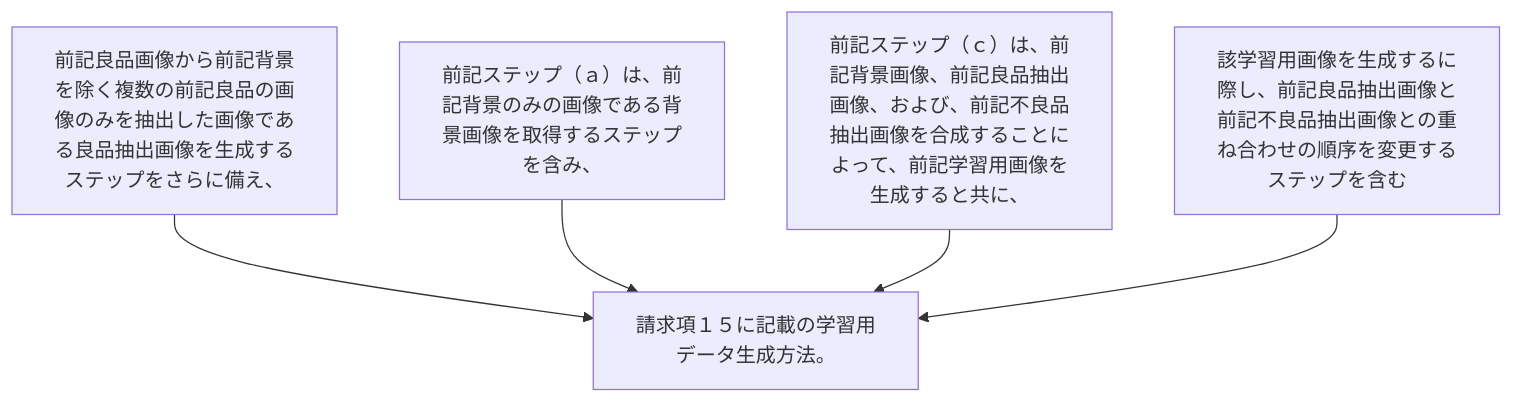
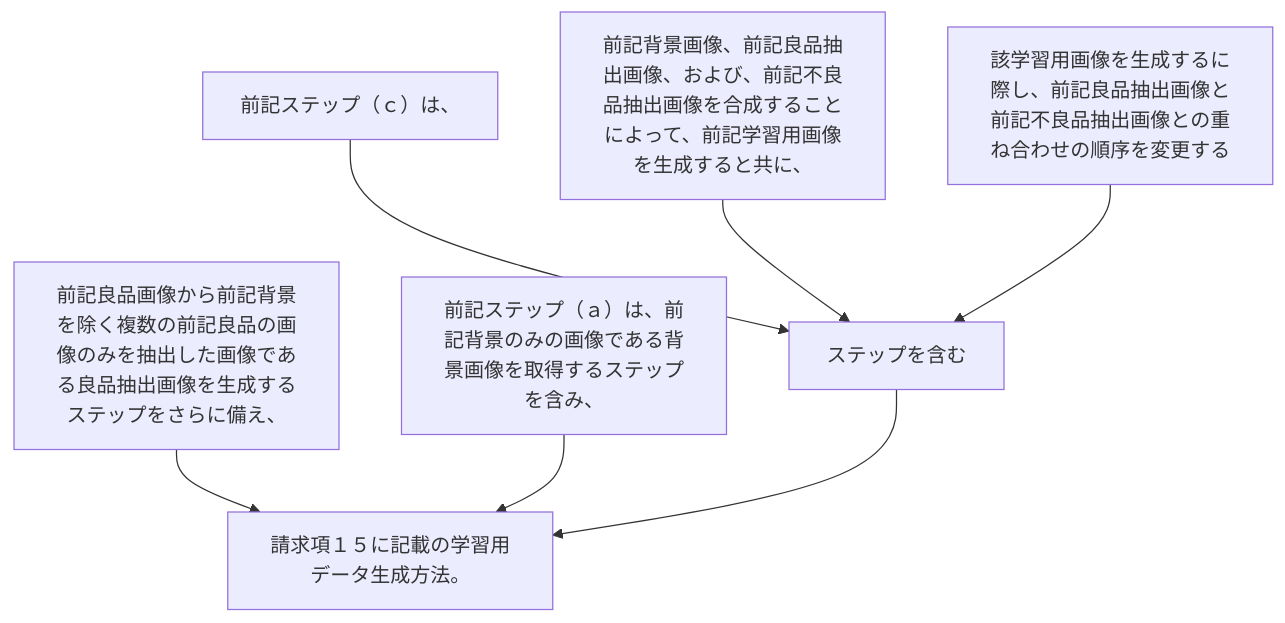
The diagram in 2024/JP2024000284A/claim_16/README.md (shinmori55/patent_analyzed), drawn with Mermaid before and after one commit. The commit also changed 31 other files, not shown here.

````diff
--- a/2024/JP2024000284A/claim_16/README.md
+++ b/2024/JP2024000284A/claim_16/README.md
@@ -5,12 +5,16 @@
 ```mermaid
 flowchart TD
 A[前記良品画像から前記背景を除く複数の前記良品の画像のみを抽出した画像である良品抽出画像を生成するステップをさらに備え、]
 B[前記ステップ（ａ）は、前記背景のみの画像である背景画像を取得するステップを含み、]
-C[前記ステップ（ｃ）は、前記背景画像、前記良品抽出画像、および、前記不良品抽出画像を合成することによって、前記学習用画像を生成すると共に、]
-D[該学習用画像を生成するに際し、前記良品抽出画像と前記不良品抽出画像との重ね合わせの順序を変更するステップを含む]
-E[請求項１５に記載の学習用データ生成方法。]
-A --> E
-B --> E
-C --> E
-D --> E
+C[前記ステップ（ｃ）は、]
+D[前記背景画像、前記良品抽出画像、および、前記不良品抽出画像を合成することによって、前記学習用画像を生成すると共に、]
+E[該学習用画像を生成するに際し、前記良品抽出画像と前記不良品抽出画像との重ね合わせの順序を変更する]
+F[ステップを含む]
+G[請求項１５に記載の学習用データ生成方法。]
+A --> G
+B --> G
+C --> F
+D --> F
+E --> F
+F --> G
 ```
````
